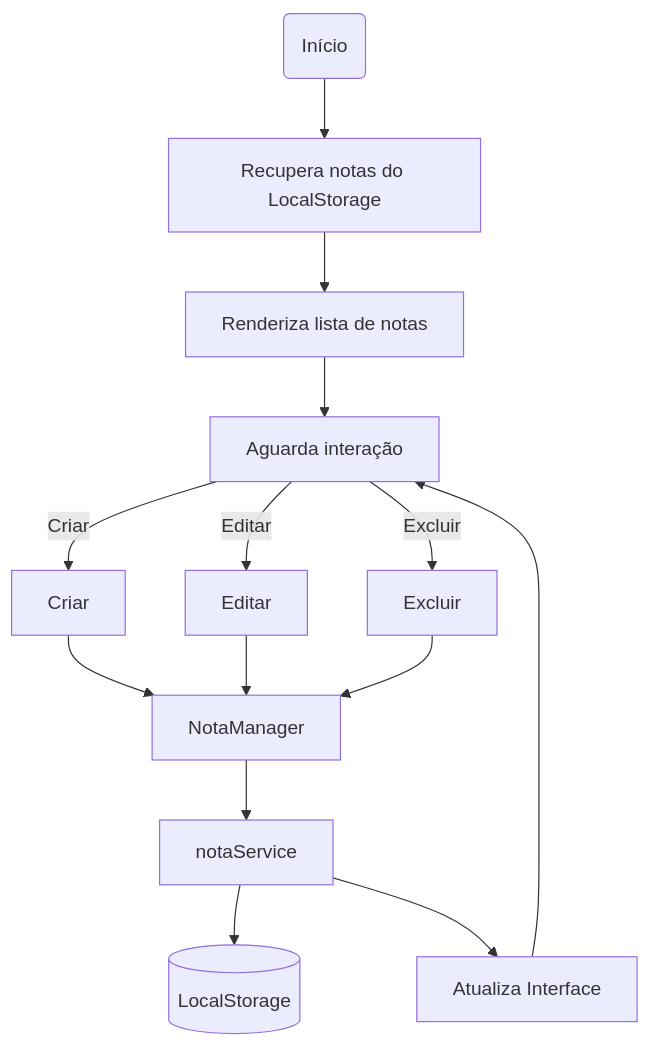
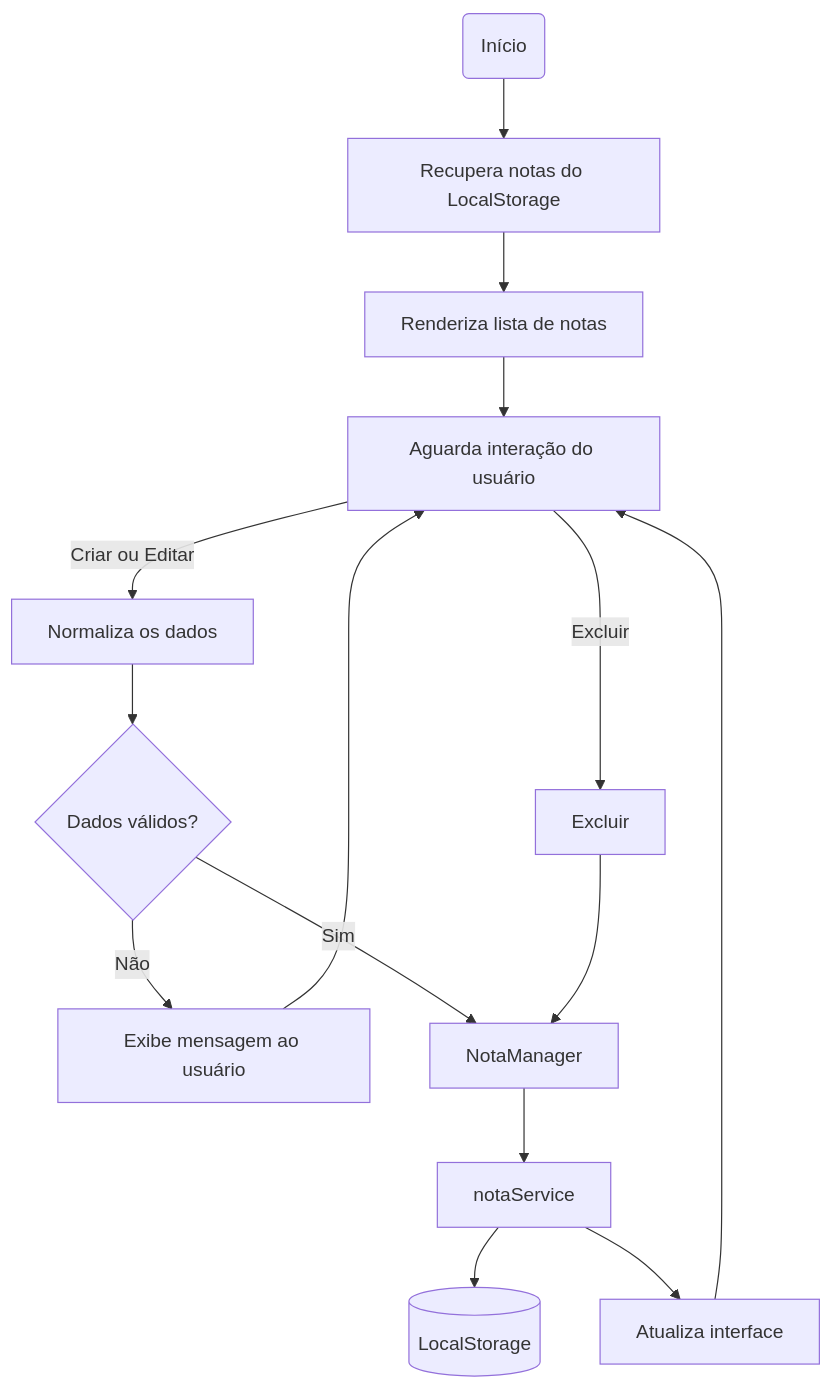
One commit to rafaelvassis/quick-notes changed the diagram in docs/analise.md. Above: the diagram before and after it, drawn with Mermaid. The commit also changed other lines of this file, not shown here.

Commit message:
atualiza documentação da aplicação, reorganizando seções e detalhando responsabilidades dos componentes, incluindo validações e normalizações

````diff
--- a/docs/analise.md
+++ b/docs/analise.md
@@ -105,30 +146,39 @@
 ```mermaid
 flowchart TB
 
 Inicio(Início)
     --> Recuperar[Recupera notas do LocalStorage]
 
 Recuperar
     --> Renderizar[Renderiza lista de notas]
 
 Renderizar
-    --> Espera[Aguarda interação]
+    --> Espera[Aguarda interação do usuário]
 
-Espera -->|Criar| Criar
-Espera -->|Editar| Editar
+Espera -->|Criar ou Editar| Normalizar
 Espera -->|Excluir| Excluir
 
-Criar --> Manager
-Editar --> Manager
+Normalizar[Normaliza os dados]
+    --> Validar
+
+Validar{Dados válidos?}
+
+Validar -- Não --> Mensagem[Exibe mensagem ao usuário]
+Mensagem --> Espera
+
+Validar -- Sim --> Manager
+
 Excluir --> Manager
 
 Manager[NotaManager]
+    --> Persistencia[notaService]
 
-Manager --> Persistencia[notaService]
+Persistencia
+    --> LocalStorage[(LocalStorage)]
 
-Persistencia --> LocalStorage[(LocalStorage)]
+Persistencia
+    --> Atualizar[Atualiza interface]
 
-Persistencia --> Atualizar[Atualiza Interface]
-
-Atualizar --> Espera
+Atualizar
+    --> Espera
 ```
````
